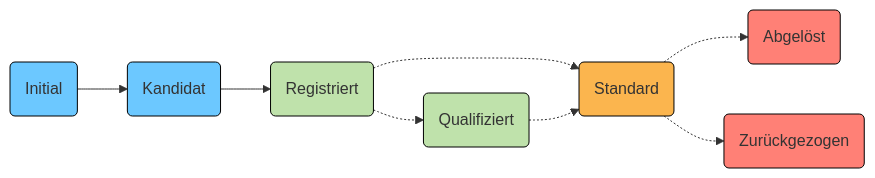
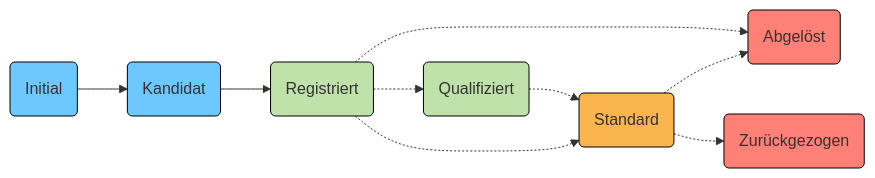
One commit to I14Y-ch/handbook changed the diagram in content/de/gouvernanz/workflow.md. Above: the diagram before and after it, drawn with Mermaid. The commit also changed other lines of this file and 11 other files, not shown here.

````diff
--- a/content/de/gouvernanz/workflow.md
+++ b/content/de/gouvernanz/workflow.md
@@ -14,39 +18,40 @@
 ```mermaid
 flowchart LR
     A(Initial)
     B(Kandidat)
     C(Registriert)
     D(Qualifiziert)
     E(Standard)
     F(Abgelöst)
     G(Zurückgezogen)
 
     A-->B
     B-->C
     C-.->D
     C-.->E
     D-.->E
     E-.->F
     E-.->G
+    C-.->F
 
     style A fill:#6CC8FF
     style A stroke:black
 
     style B fill:#6CC8FF
     style B stroke:black
 
     style C fill:#Bfe2ab
     style C stroke:black
 
     style D fill:#Bfe2ab
     style D stroke:black
 
     style E fill:#Fbb54e
     style E stroke:black
 
     style F fill:#Ff8076
     style F stroke:black
 
     style G fill:#Ff8076
     style G stroke:black
 ```
````
